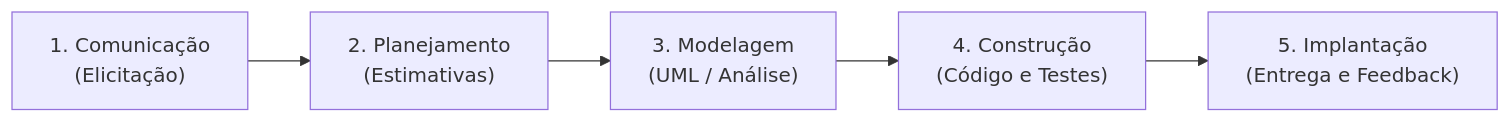
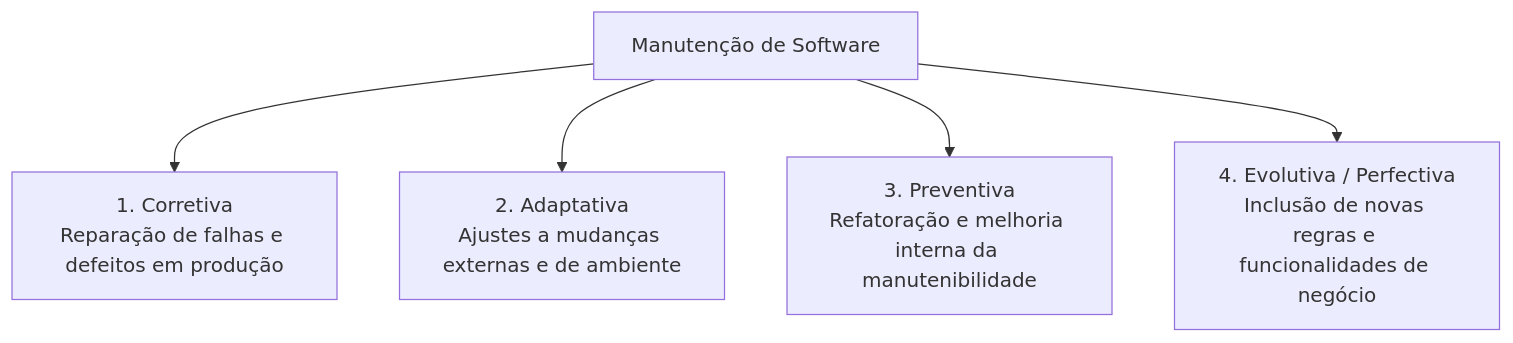
The fourth of 35 diagrams in 3º Semestre/[Prof. Marcelo Boer] Engenharia de Software I/Resumos-IA/Simulados-Comentados.md (murilolol/unifef), drawn with Mermaid before and after one commit. The commit also changed other lines of this file and 40 other files, not shown here.

````diff
--- a/3º Semestre/[Prof. Marcelo Boer] Engenharia de Software I/Resumos-IA/Simulados-Comentados.md
+++ b/3º Semestre/[Prof. Marcelo Boer] Engenharia de Software I/Resumos-IA/Simulados-Comentados.md
@@ -175,7 +162,8 @@
 ```mermaid
-flowchart LR
-    COM["1. Comunicação\n(Elicitação)"] --> PLA["2. Planejamento\n(Estimativas)"]
-    PLA --> MOD["3. Modelagem\n(UML / Análise)"]
-    MOD --> CON["4. Construção\n(Código e Testes)"]
-    CON --> IMP["5. Implantação\n(Entrega e Feedback)"]
+flowchart TD
+    MANT["Manutenção de Software"]
+    MANT --> COR["1. Corretiva\nReparação de falhas e defeitos em produção"]
+    MANT --> ADA["2. Adaptativa\nAjustes a mudanças externas e de ambiente"]
+    MANT --> PRE["3. Preventiva\nRefatoração e melhoria interna da manutenibilidade"]
+    MANT --> EVO["4. Evolutiva / Perfectiva\nInclusão de novas regras e funcionalidades de negócio"]
 ```
````
